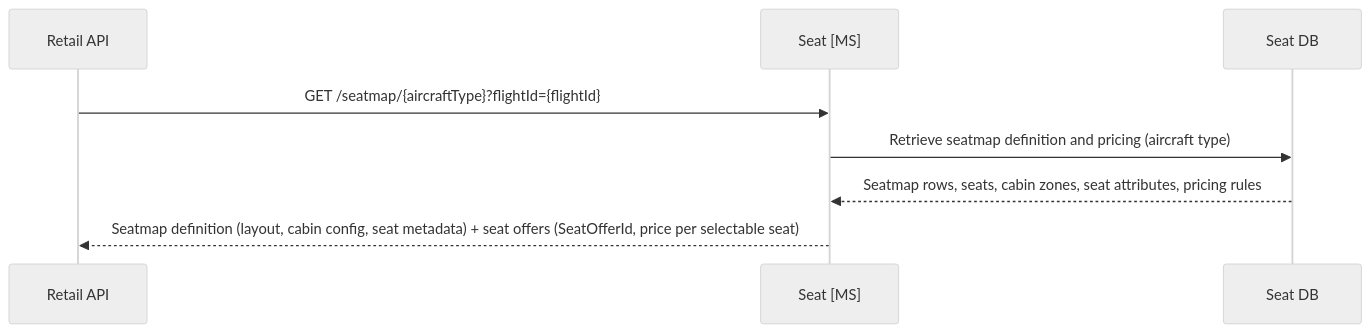
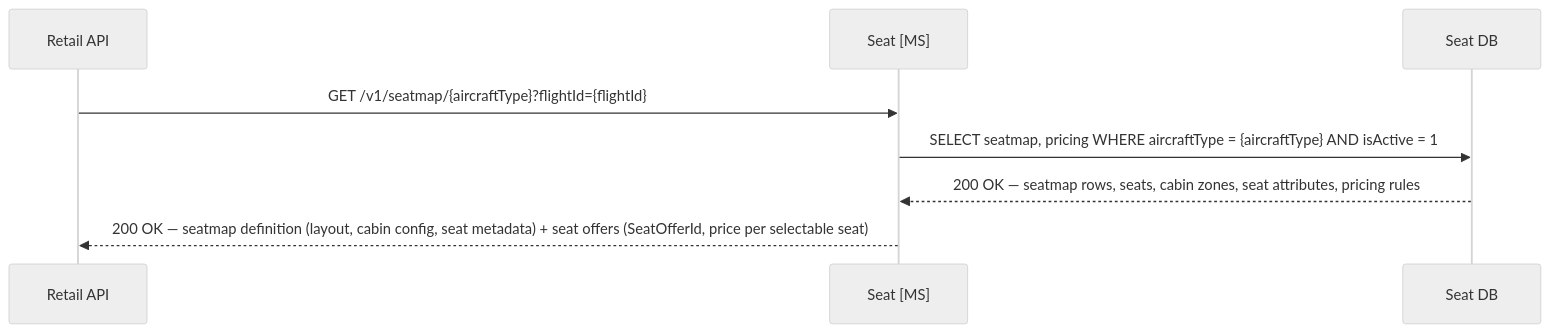
One commit to sebharvey/airline-reservation-system changed the eighth of 12 diagrams in architecture/design.md. Above: the diagram before and after it, drawn with Mermaid (neutral theme). The commit also changed other lines of this file, not shown here.

````diff
--- a/architecture/design.md
+++ b/architecture/design.md
@@ -1182,11 +1182,11 @@
 ```mermaid
 sequenceDiagram
     participant RetailAPI as Retail API
     participant SeatMS as Seat [MS]
     participant SeatDB as Seat DB
 
-    RetailAPI->>SeatMS: GET /seatmap/{aircraftType}?flightId={flightId}
-    SeatMS->>SeatDB: Retrieve seatmap definition and pricing (aircraft type)
-    SeatDB-->>SeatMS: Seatmap rows, seats, cabin zones, seat attributes, pricing rules
-    SeatMS-->>RetailAPI: Seatmap definition (layout, cabin config, seat metadata) + seat offers (SeatOfferId, price per selectable seat)
+    RetailAPI->>SeatMS: GET /v1/seatmap/{aircraftType}?flightId={flightId}
+    SeatMS->>SeatDB: SELECT seatmap, pricing WHERE aircraftType = {aircraftType} AND isActive = 1
+    SeatDB-->>SeatMS: 200 OK — seatmap rows, seats, cabin zones, seat attributes, pricing rules
+    SeatMS-->>RetailAPI: 200 OK — seatmap definition (layout, cabin config, seat metadata) + seat offers (SeatOfferId, price per selectable seat)
 ```
````
